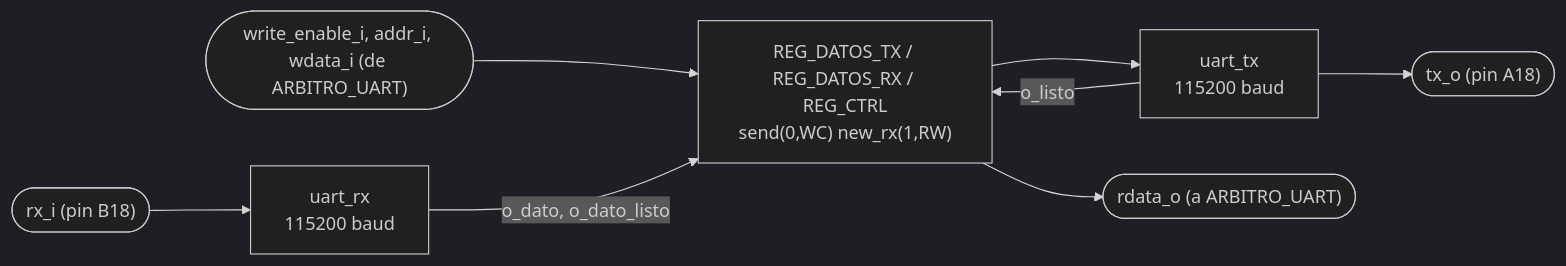
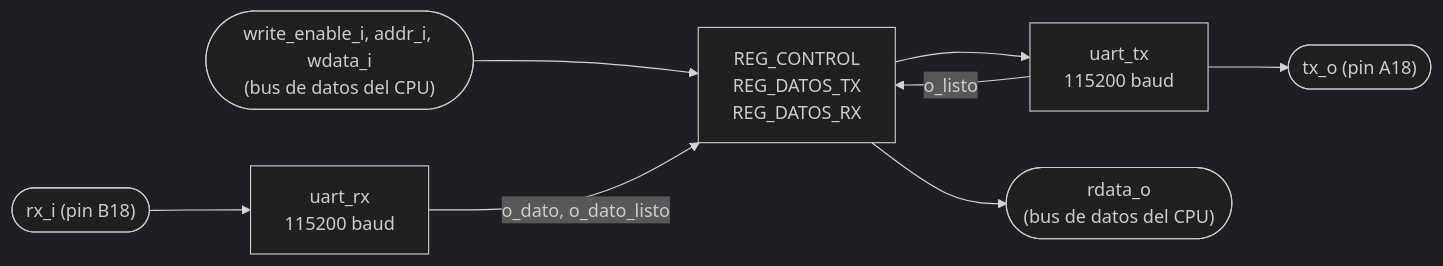
One commit to Taller-de-diseno-digital-GR01/Proyecto-3-Batalla-Naval changed the first of 2 diagrams in docs/diseño/modulos/PERIFERICO_UART.md. Above: the diagram before and after it, drawn with Mermaid (dark theme). The commit also changed other lines of this file, not shown here.

Commit message:
Documentación de PERIFERICO_UART actualizada al P3

````diff
--- a/docs/diseño/modulos/PERIFERICO_UART.md
+++ b/docs/diseño/modulos/PERIFERICO_UART.md
@@ -9,10 +9,10 @@
 ```mermaid
 flowchart LR
-    IN_BUS(["write_enable_i, addr_i, wdata_i (de ARBITRO_UART)"]) --> REGS["REG_DATOS_TX / REG_DATOS_RX / REG_CTRL<br/>send(0,WC) new_rx(1,RW)"]
+    IN_BUS(["write_enable_i, addr_i, wdata_i<br/>(bus de datos del CPU)"]) --> REGS["REG_CONTROL<br/>REG_DATOS_TX<br/>REG_DATOS_RX"]
     REGS --> NUC_TX["uart_tx<br/>115200 baud"]
     NUC_TX -->|o_listo| REGS
     IN_RX(["rx_i (pin B18)"]) --> NUC_RX["uart_rx<br/>115200 baud"]
     NUC_RX -->|"o_dato, o_dato_listo"| REGS
     NUC_TX --> OUT_TX(["tx_o (pin A18)"])
-    REGS --> OUT_RD(["rdata_o (a ARBITRO_UART)"])
+    REGS --> OUT_RD(["rdata_o<br/>(bus de datos del CPU)"])
 ```
````
